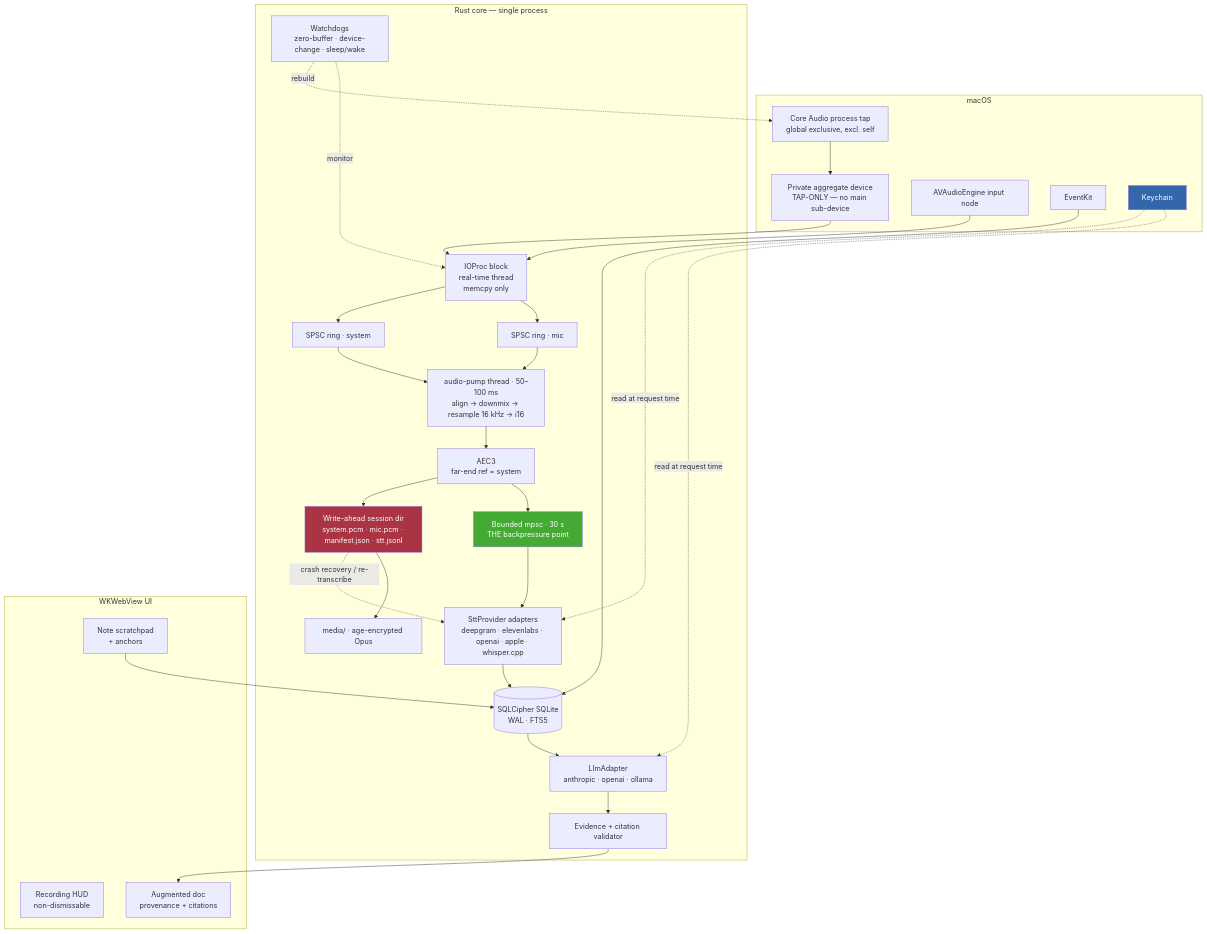
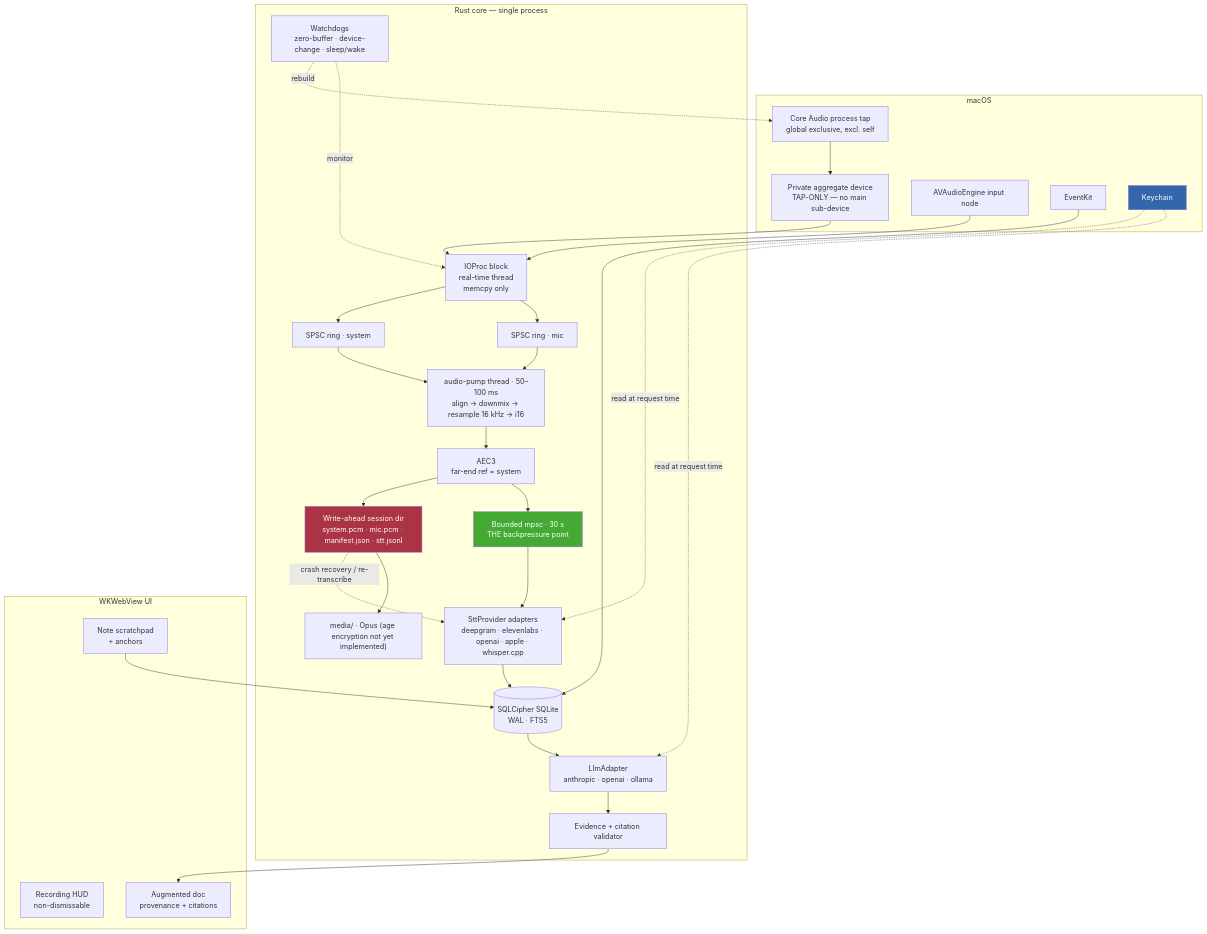
One commit to nolanmak/FlyOnTheWall changed the diagram in docs/REQUIREMENTS.md. Above: the diagram before and after it, drawn with Mermaid. The commit also changed other lines of this file, not shown here.

````diff
--- a/docs/REQUIREMENTS.md
+++ b/docs/REQUIREMENTS.md
@@ -232,52 +234,52 @@
 ```mermaid
 graph TB
     subgraph OS["macOS"]
         TAP["Core Audio process tap<br/>global exclusive, excl. self"]
         AGG["Private aggregate device<br/>TAP-ONLY — no main sub-device"]
         MIC["AVAudioEngine input node"]
         EK["EventKit"]
         KC["Keychain"]
     end
 
     subgraph CORE["Rust core — single process"]
         IOPROC["IOProc block<br/>real-time thread<br/>memcpy only"]
         RING1["SPSC ring · system"]
         RING2["SPSC ring · mic"]
         PUMP["audio-pump thread · 50–100 ms<br/>align → downmix → resample 16 kHz → i16"]
         AEC["AEC3<br/>far-end ref = system"]
         WAL["Write-ahead session dir<br/>system.pcm · mic.pcm · manifest.json · stt.jsonl"]
         WATCH["Watchdogs<br/>zero-buffer · device-change · sleep/wake"]
         MPSC["Bounded mpsc · 30 s<br/>THE backpressure point"]
         STT["SttProvider adapters<br/>deepgram · elevenlabs · openai · apple · whisper.cpp"]
         LLM["LlmAdapter<br/>anthropic · openai · ollama"]
         VAL["Evidence + citation validator"]
         DB[("SQLCipher SQLite<br/>WAL · FTS5")]
-        MEDIA["media/ · age-encrypted Opus"]
+        MEDIA["media/ · Opus (age encryption not yet implemented)"]
     end
 
     subgraph UI["WKWebView UI"]
         HUD["Recording HUD<br/>non-dismissable"]
         NOTE["Note scratchpad<br/>+ anchors"]
         DOC["Augmented doc<br/>provenance + citations"]
     end
 
     TAP --> AGG --> IOPROC
     MIC --> IOPROC
     IOPROC --> RING1 & RING2
     RING1 & RING2 --> PUMP
     PUMP --> AEC --> WAL
     WATCH -.rebuild.-> TAP
     WATCH -.monitor.-> IOPROC
     AEC --> MPSC --> STT
     STT --> DB
     WAL -.crash recovery / re-transcribe.-> STT
     NOTE --> DB
     DB --> LLM --> VAL --> DOC
     EK --> DB
     KC -.read at request time.-> STT & LLM
     WAL --> MEDIA
 
     style MPSC fill:#4a3,color:#fff
     style WAL fill:#a34,color:#fff
     style KC fill:#36a,color:#fff
 ```
````
